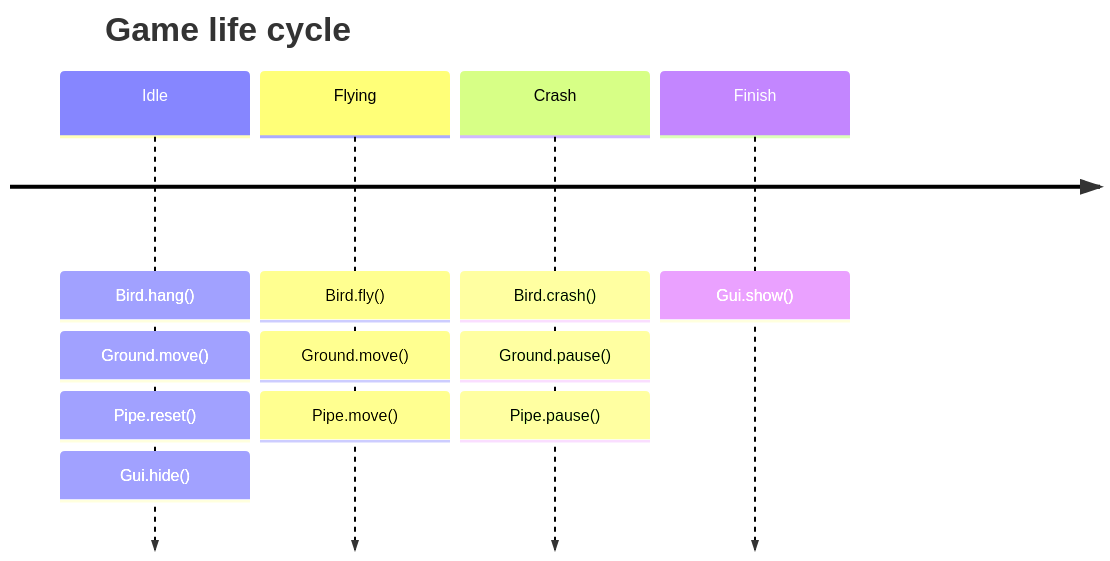
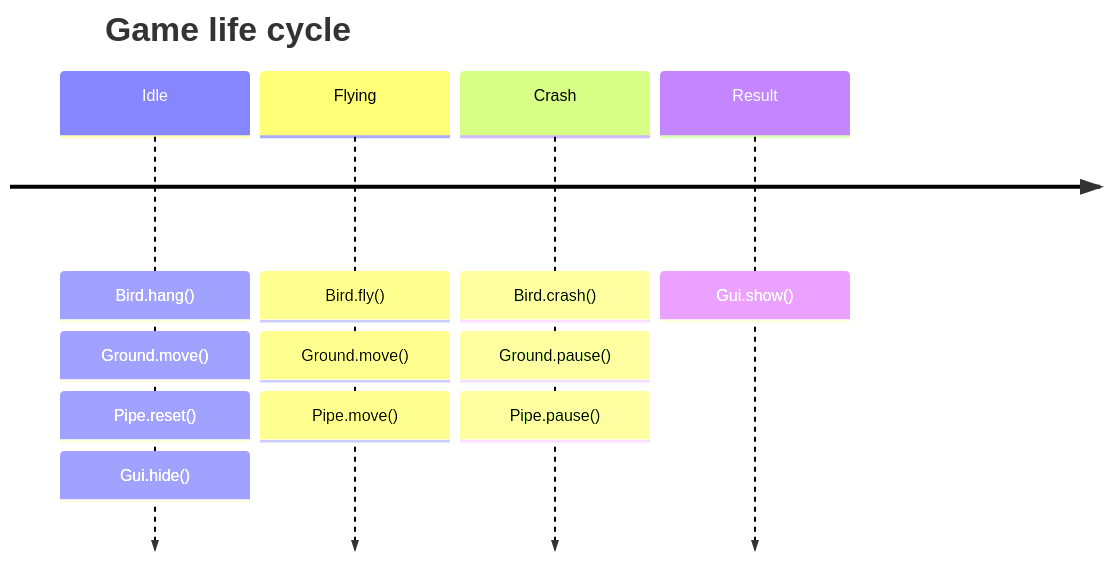
One commit to galacean/galacean.github.io changed the second of 3 diagrams in docs/editor-first-2d-project.zh-CN.md. Above: the diagram before and after it, drawn with Mermaid. The commit also changed other lines of this file, not shown here.

````diff
--- a/docs/editor-first-2d-project.zh-CN.md
+++ b/docs/editor-first-2d-project.zh-CN.md
@@ -238,8 +240,8 @@
 ```mermaid
 timeline
      title Game life cycle
      Idle : Bird.hang() : Ground.move() : Pipe.reset() : Gui.hide()
      Flying : Bird.fly() : Ground.move() : Pipe.move()
      Crash : Bird.crash() : Ground.pause() : Pipe.pause()
-     Finish : Gui.show()
+     Result : Gui.show()
 ```
````
